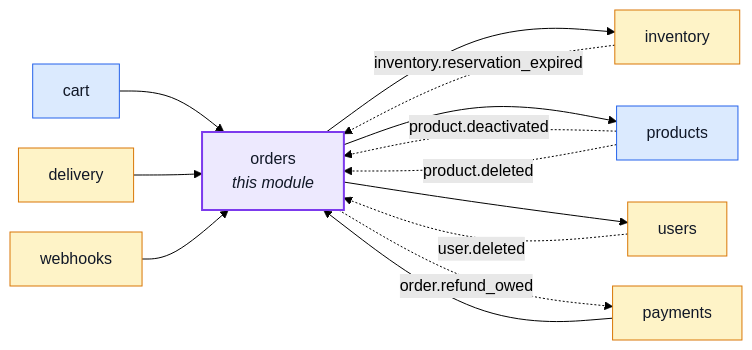
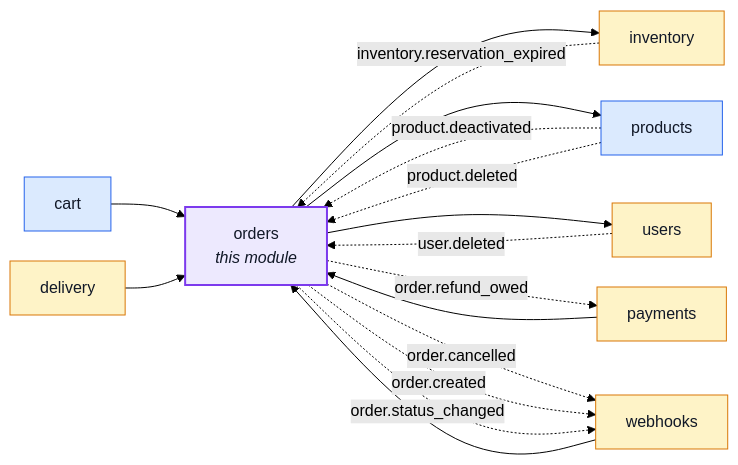
The first of 2 diagrams in docs/modules/orders.md (Guebbit/boilerplate-node-backend), drawn with Mermaid (forest theme) before and after one commit. The commit also changed 3 other files, not shown here.

First line of the commit message:
feat(docs): draw webhooks' event edges on the generated module graph

````diff
--- a/docs/modules/orders.md
+++ b/docs/modules/orders.md
@@ -16,33 +16,36 @@
 ```mermaid
 %%{init: {'flowchart': {'nodeSpacing': 30, 'rankSpacing': 60}}}%%
 flowchart LR
     orders["orders<br/><i>this module</i>"]
     cart["cart"]
     delivery["delivery"]
     inventory["inventory"]
     payments["payments"]
     products["products"]
     users["users"]
     webhooks["webhooks"]
 
     cart --> orders
     delivery --> orders
     payments --> orders
     webhooks --> orders
     orders --> inventory
     orders --> products
     orders --> users
     inventory -. "inventory.reservation_expired" .-> orders
     products -. "product.deactivated" .-> orders
     products -. "product.deleted" .-> orders
     users -. "user.deleted" .-> orders
     orders -. "order.refund_owed" .-> payments
+    orders -. "order.cancelled" .-> webhooks
+    orders -. "order.created" .-> webhooks
+    orders -. "order.status_changed" .-> webhooks
 
     classDef core fill:#dbeafe,stroke:#2563eb,color:#111827;
     classDef supporting fill:#fef3c7,stroke:#d97706,color:#111827;
     classDef generic fill:#dcfce7,stroke:#16a34a,color:#111827;
     classDef centre fill:#ede9fe,stroke:#7c3aed,stroke-width:2px,color:#111827;
     class cart,products core;
     class delivery,inventory,payments,users,webhooks supporting;
     class orders centre;
 ```
````
